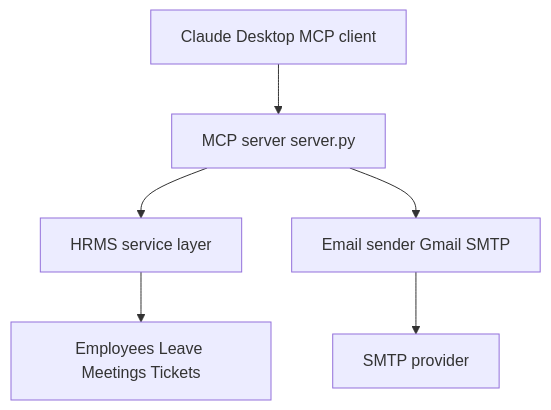
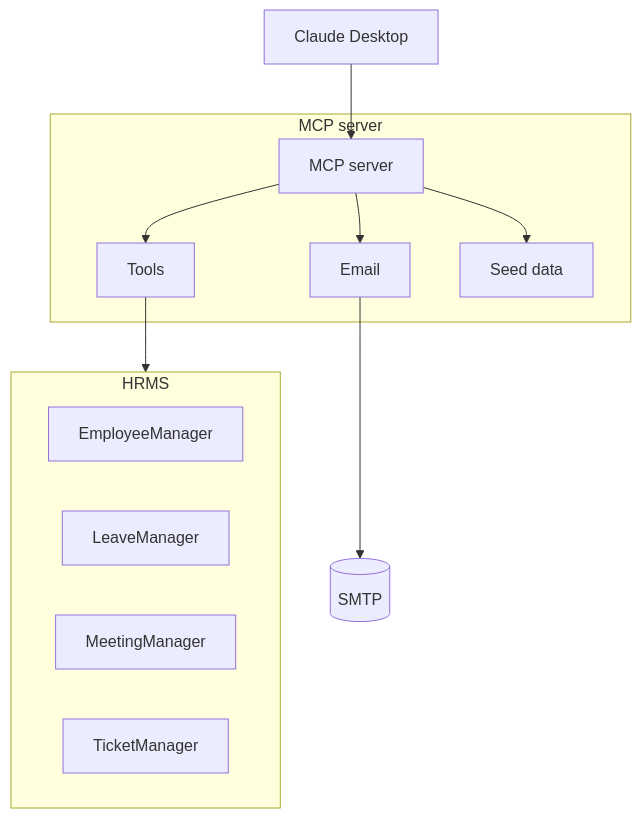
One commit to Rohan0497/hr-assist changed the diagram in README.md. Above: the diagram before and after it, drawn with Mermaid. The commit also changed other lines of this file, not shown here.

````diff
--- a/README.md
+++ b/README.md
@@ -49,8 +66,23 @@
 ```mermaid
 flowchart TD;
-A[Claude Desktop MCP client] --> B[MCP server server.py];
-B --> C[HRMS service layer];
-B --> D[Email sender Gmail SMTP];
-C --> E[Employees Leave Meetings Tickets];
-D --> F[SMTP provider];
+A[Claude Desktop] --> B[MCP server];
+
+subgraph S[MCP server]
+    B --> C[Tools];
+    B --> D[Email];
+    B --> E[Seed data];
+end
+
+subgraph H[HRMS]
+    H1[EmployeeManager];
+    H2[LeaveManager];
+    H3[MeetingManager];
+    H4[TicketManager];
+end
+
+C --> H;
+D --> X[(SMTP)];
+
+
+
 ```
````
